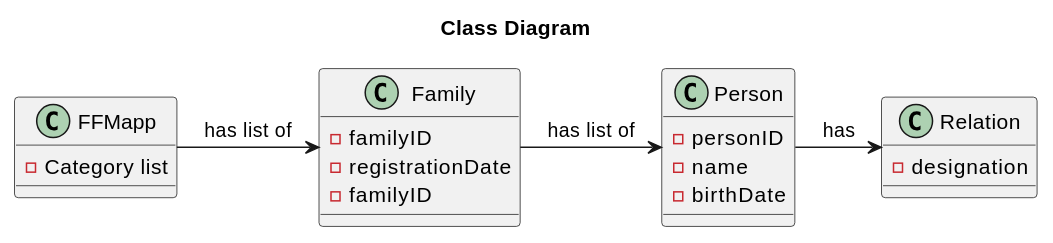
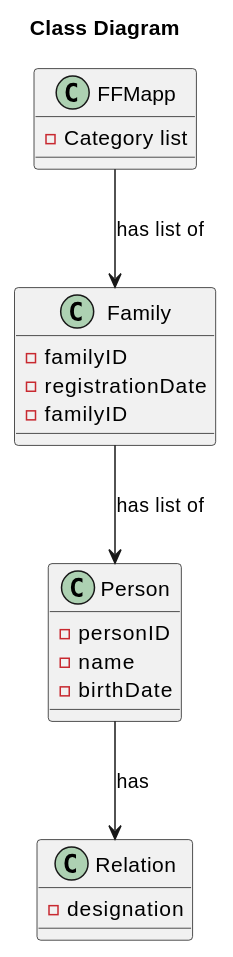
One commit to tomas-osswald/switch_2020_g3 changed the fourth of 4 diagrams in docs/US105 AddRelation.md. Above: the diagram before and after it, drawn with PlantUML. The commit also changed other lines of this file and 8 other files, not shown here.

````diff
--- a/docs/US105 AddRelation.md
+++ b/docs/US105 AddRelation.md
@@ -190,31 +193,31 @@
 ```puml
 title Class Diagram
 
 class FFMapp {
 - Category list
 
 }
 
 class Family {
 - familyID
 - registrationDate
 - familyID
 
 }
 
 class Person {
 - personID
 - name
 - birthDate
 
 }
 
 class Relation {
 - designation
 
 }
 
-FFMapp -> Family : has list of 
-Family -> Person : has list of 
-Person -> Relation : has 
+FFMapp -down-> Family : has list of 
+Family -down-> Person : has list of 
+Person -down-> Relation : has 
 ```
````
